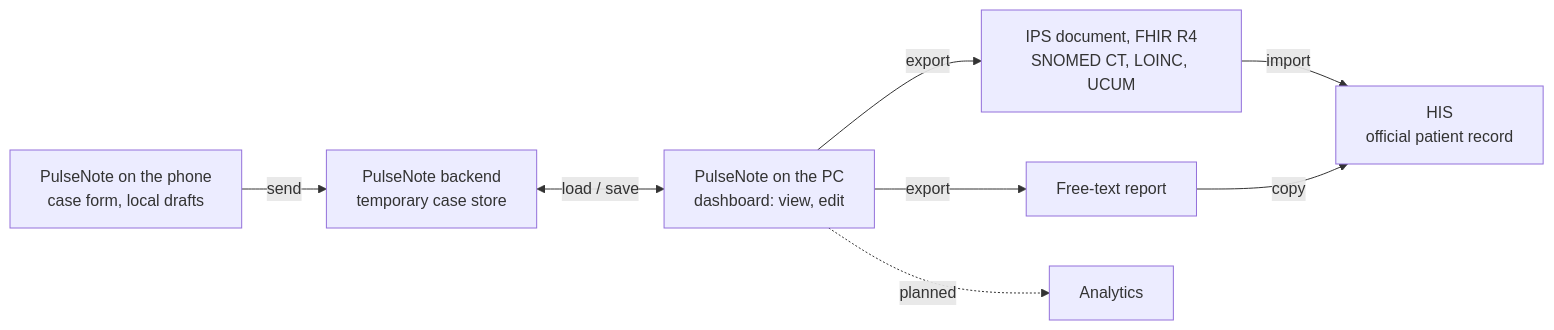
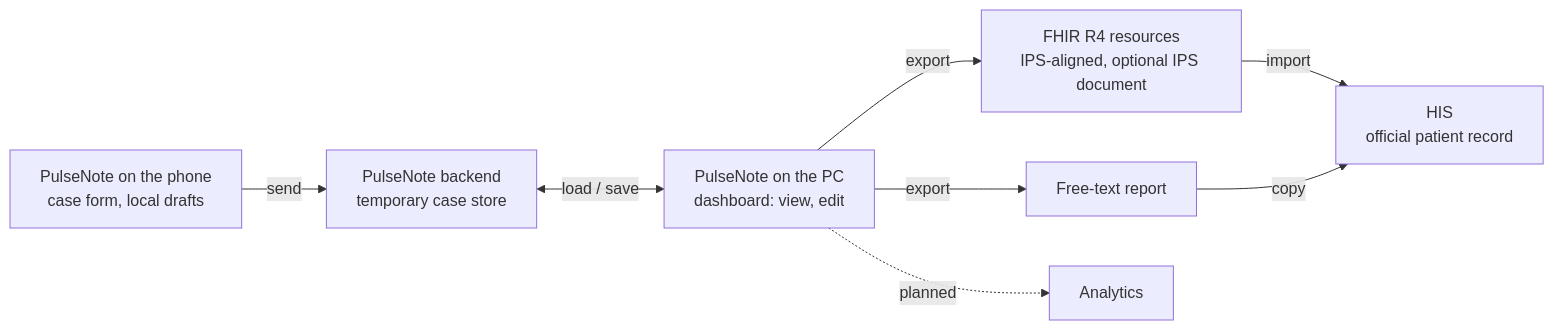
The diagram in README.md (christophriepe/pulsenote), drawn with Mermaid before and after one commit. The commit also changed other lines of this file and 3 other files, not shown here.

First line of the commit message:
Define forms as FHIR Questionnaires with extraction to resources

````diff
--- a/README.md
+++ b/README.md
@@ -28,10 +30,10 @@
 ```mermaid
 flowchart LR
     A[PulseNote on the phone<br/>case form, local drafts] -- send --> B[PulseNote backend<br/>temporary case store]
     B <-- load / save --> E[PulseNote on the PC<br/>dashboard: view, edit]
-    E -- export --> C[IPS document, FHIR R4<br/>SNOMED CT, LOINC, UCUM]
+    E -- export --> C[FHIR R4 resources<br/>IPS-aligned, optional IPS document]
     E -- export --> D[Free-text report]
     C -- import --> H[HIS<br/>official patient record]
     D -- copy --> H
     E -. planned .-> F[Analytics]
 ```
````
